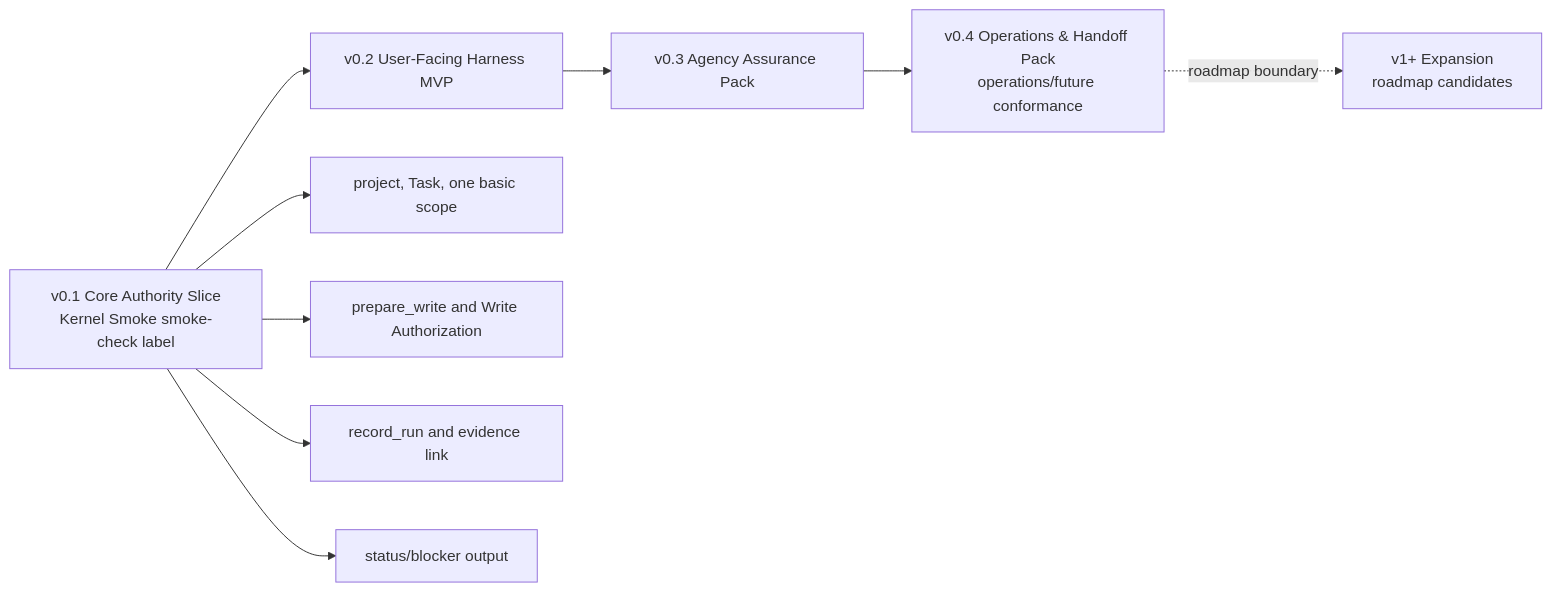
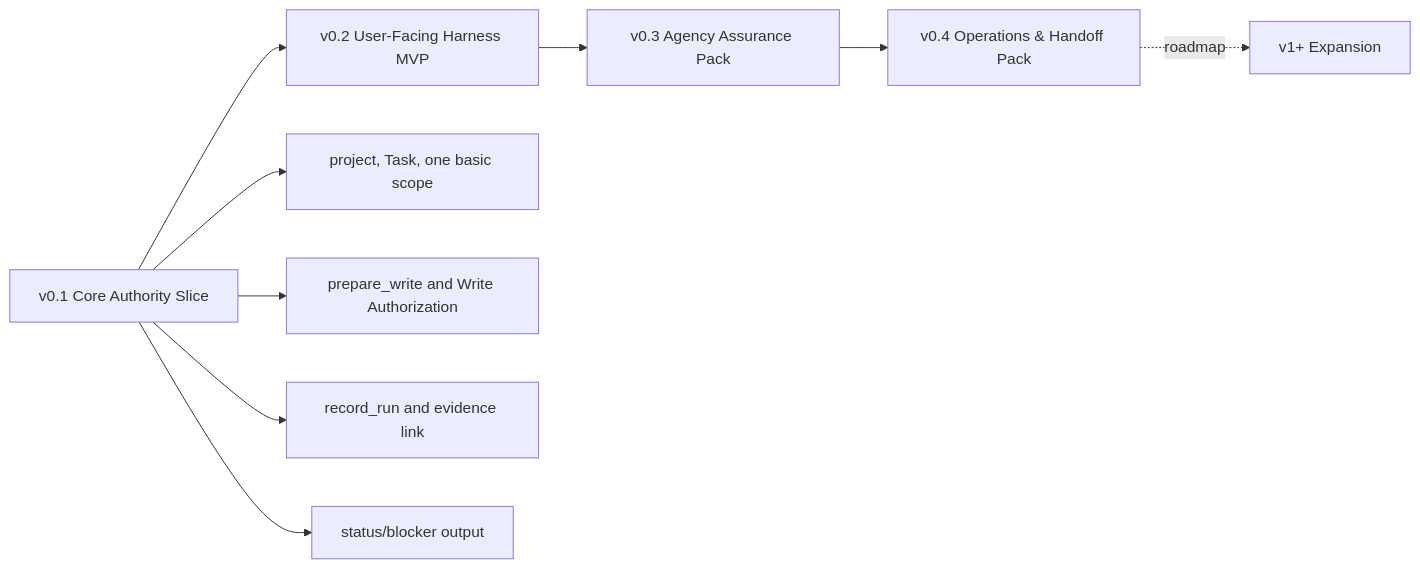
One commit to minjungw00/Harness_Project changed the second of 11 diagrams in docs/en/reference/operations-and-conformance.md. Above: the diagram before and after it, drawn with Mermaid. The commit also changed other lines of this file and 20 other files, not shown here.

Commit message:
docs: refresh diagrams for staged authority model

````diff
--- a/docs/en/reference/operations-and-conformance.md
+++ b/docs/en/reference/operations-and-conformance.md
@@ -155,11 +155,11 @@
 ```mermaid
 flowchart LR
-  Kernel["v0.1 Core Authority Slice<br/>Kernel Smoke smoke-check label"] --> MVP["v0.2 User-Facing Harness MVP"]
+  Kernel["v0.1 Core Authority Slice"] --> MVP["v0.2 User-Facing Harness MVP"]
   MVP --> Agency["v0.3 Agency Assurance Pack"]
-  Agency --> Ops["v0.4 Operations & Handoff Pack<br/>operations/future conformance"]
-  Ops -. roadmap boundary .-> Expansion["v1+ Expansion<br/>roadmap candidates"]
+  Agency --> Ops["v0.4 Operations & Handoff Pack"]
+  Ops -. roadmap .-> Expansion["v1+ Expansion"]
   Kernel --> K1["project, Task, one basic scope"]
   Kernel --> K2["prepare_write and Write Authorization"]
   Kernel --> K3["record_run and evidence link"]
   Kernel --> K4["status/blocker output"]
 ```
````
